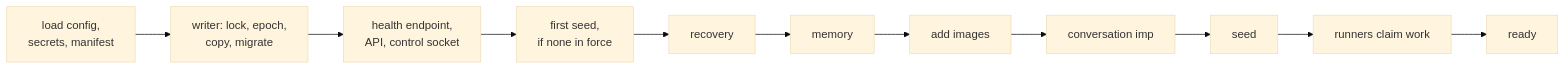
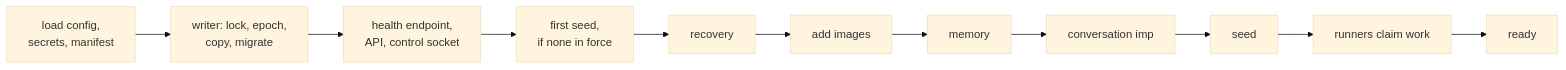
Before and after one commit to zgeoff/nixie: the diagram in docs/architecture/deployment/server.md, drawn with Mermaid (base theme). The commit also changed other lines of this file and 51 other files, not shown here.

````diff
--- a/docs/architecture/deployment/server.md
+++ b/docs/architecture/deployment/server.md
@@ -42,8 +42,8 @@
 ```mermaid
 flowchart LR
   L["load config,<br>secrets, manifest"] --> W["writer: lock, epoch,<br>copy, migrate"]
   W --> H["health endpoint,<br>API, control socket"]
   H --> S0["first seed,<br>if none in force"]
-  S0 --> R["recovery"] --> M["memory"] --> I["add images"] --> C["conversation imp"]
+  S0 --> R["recovery"] --> I["add images"] --> M["memory"] --> C["conversation imp"]
   C --> S["seed"] --> RU["runners claim work"] --> Y["ready"]
 ```
````
